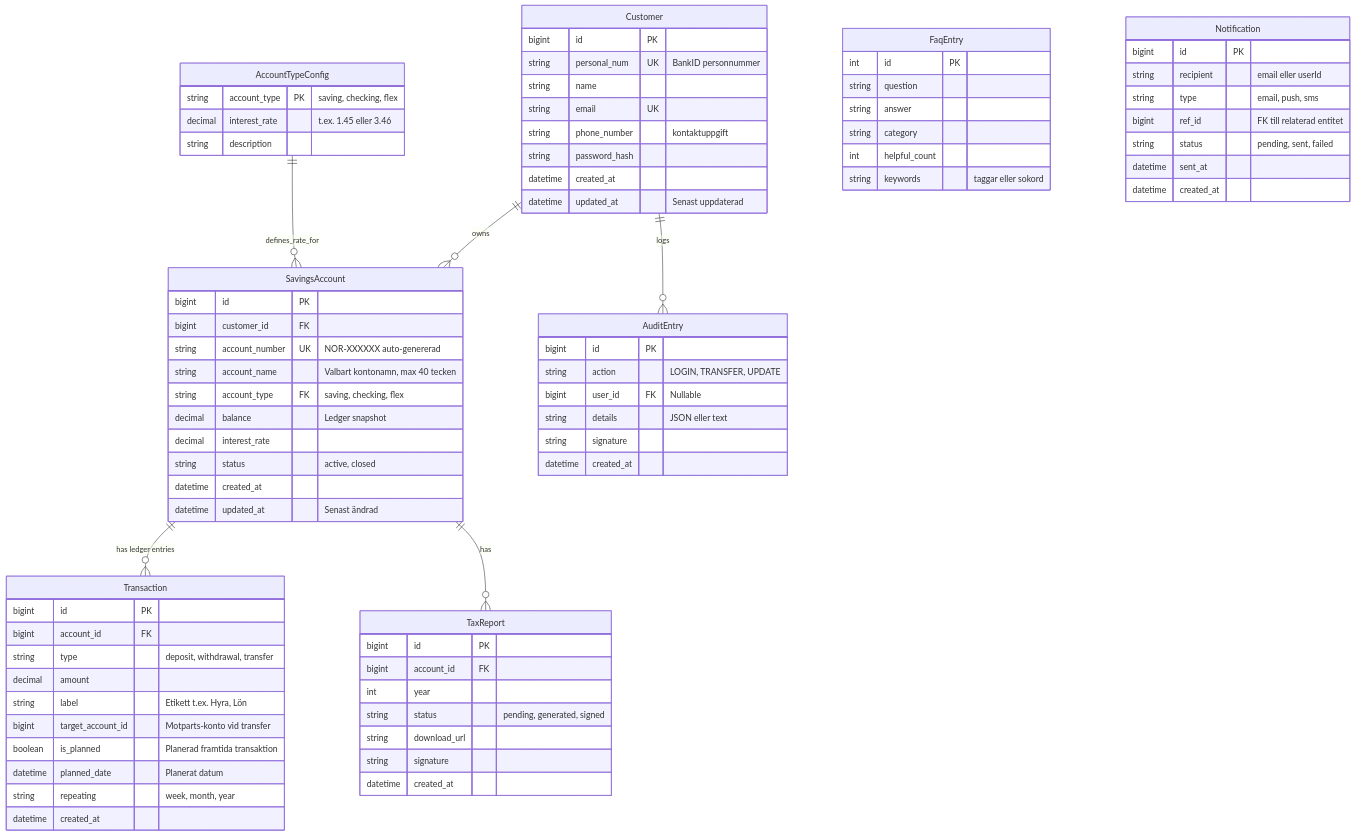
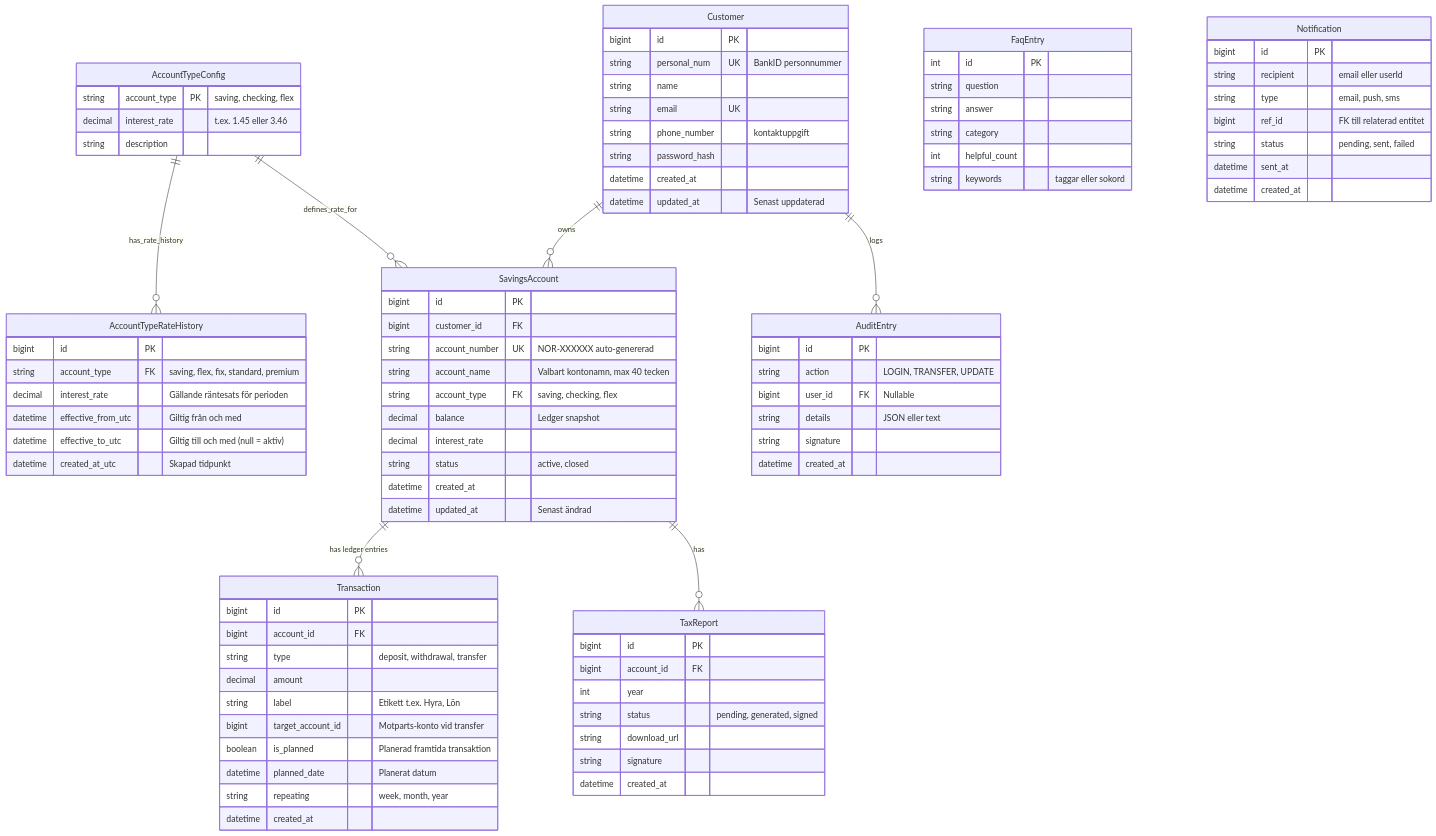
The diagram in README.md (chas-challenge-2026/nordiska-team1), drawn with Mermaid before and after one commit. The commit also changed 25 other files, not shown here.

Commit message:
feat(banking,reporting): implement daily interest calculation model, rate history, and FAQ (NOR-261)

```diff
--- a/README.md
+++ b/README.md
@@ -82,6 +82,15 @@
         string account_type PK "saving, checking, flex"
         decimal interest_rate "t.ex. 1.45 eller 3.46"
         string description
+    }
+
+    AccountTypeRateHistory {
+        bigint id PK
+        string account_type FK "saving, flex, fix, standard, premium"
+        decimal interest_rate "Gällande räntesats för perioden"
+        datetime effective_from_utc "Giltig från och med"
+        datetime effective_to_utc "Giltig till och med (null = aktiv)"
+        datetime created_at_utc "Skapad tidpunkt"
     }
 
     SavingsAccount {
@@ -150,6 +159,7 @@
 
     Customer ||--o{ SavingsAccount : "owns"
     AccountTypeConfig ||--o{ SavingsAccount : "defines_rate_for"
+    AccountTypeConfig ||--o{ AccountTypeRateHistory : "has_rate_history"
     SavingsAccount ||--o{ Transaction : "has ledger entries"
     SavingsAccount ||--o{ TaxReport : "has"
     Customer ||--o{ AuditEntry : "logs"
```
